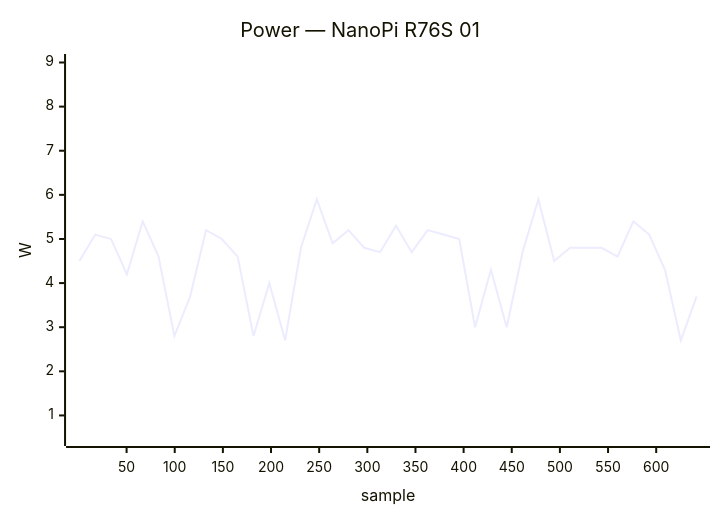
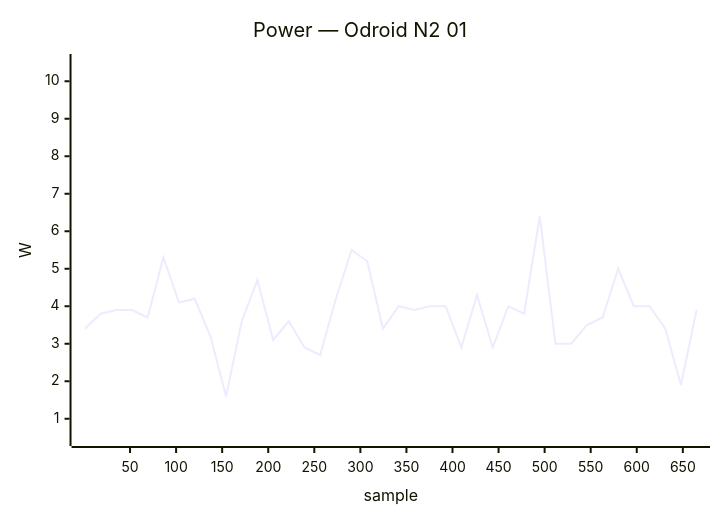
One commit to armbian/documentation changed diagram 24 of 48 in docs/status/board-tests.md. Above: the diagram before and after it, drawn with Mermaid. The commit also changed other lines of this file, not shown here.

````diff
--- a/docs/status/board-tests.md
+++ b/docs/status/board-tests.md
@@ -866,7 +1167,7 @@
 ```mermaid
 xychart-beta
-    title "Power — NanoPi R76S 01"
-    x-axis "sample" 1 --> 642
-    y-axis "W" 0.5 --> 9.0
-    line [4.5, 5.1, 5.0, 4.2, 5.4, 4.6, 2.8, 3.7, 5.2, 5.0, 4.6, 2.8, 4.0, 2.7, 4.8, 5.9, 4.9, 5.2, 4.8, 4.7, 5.3, 4.7, 5.2, 5.1, 5.0, 3.0, 4.3, 3.0, 4.7, 5.9, 4.5, 4.8, 4.8, 4.8, 4.6, 5.4, 5.1, 4.3, 2.7, 3.7]
+    title "Power — Odroid N2 01"
+    x-axis "sample" 1 --> 665
+    y-axis "W" 0.5 --> 10.5
+    line [3.4, 3.8, 3.9, 3.9, 3.7, 5.3, 4.1, 4.2, 3.2, 1.6, 3.6, 4.7, 3.1, 3.6, 2.9, 2.7, 4.2, 5.5, 5.2, 3.4, 4.0, 3.9, 4.0, 4.0, 2.9, 4.3, 2.9, 4.0, 3.8, 6.4, 3.0, 3.0, 3.5, 3.7, 5.0, 4.0, 4.0, 3.4, 1.9, 3.9]
 ```
````
